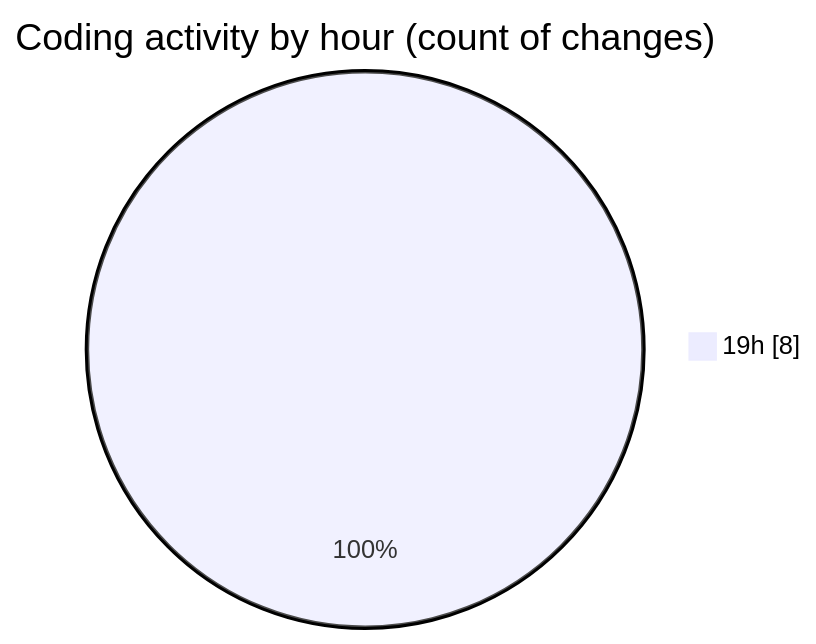
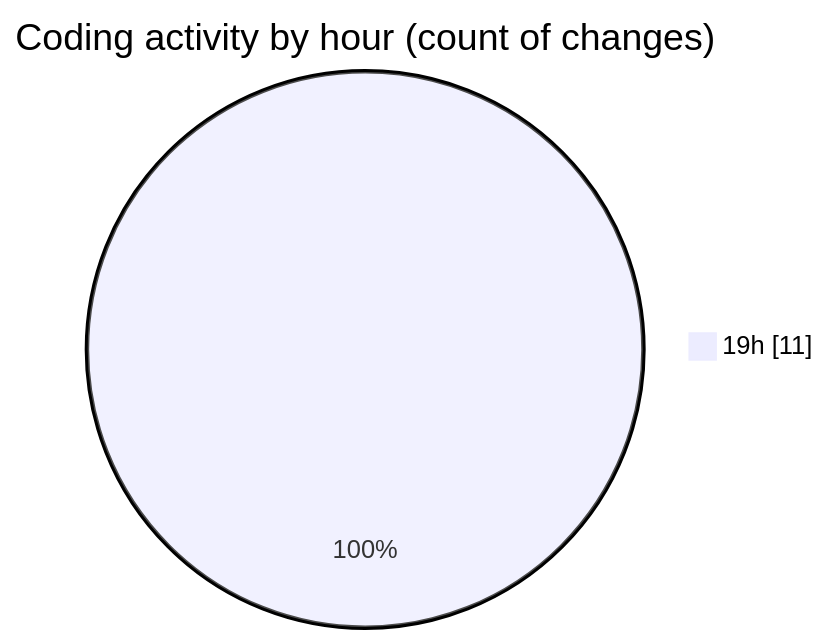
The second of 2 diagrams in 2026-08-13/nxtqube_webapp/README.md (nxtqubesakshisongat/code-tracking), drawn with Mermaid before and after one commit. The commit also changed other lines of this file and 1 other file, not shown here.

````diff
--- a/2026-08-13/nxtqube_webapp/README.md
+++ b/2026-08-13/nxtqube_webapp/README.md
@@ -31,5 +31,5 @@
 ```mermaid
 pie showData
 title Coding activity by hour (count of changes)
-"19h" : 8
+"19h" : 11
 ```
````
